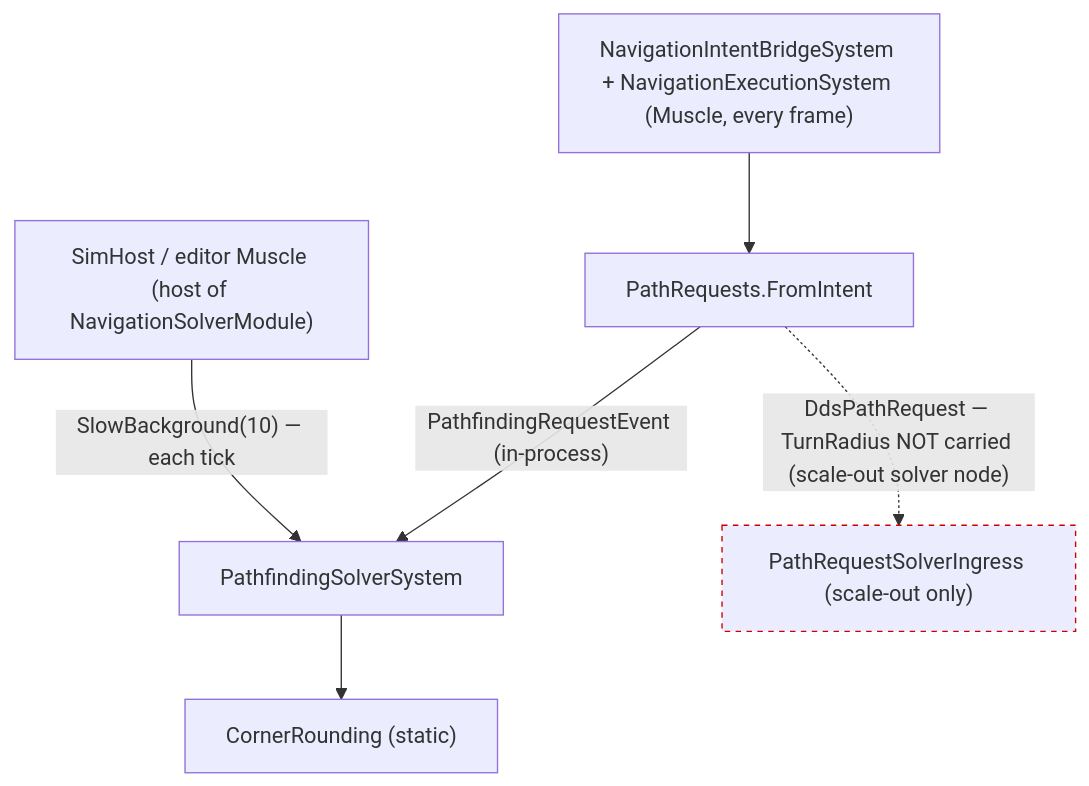
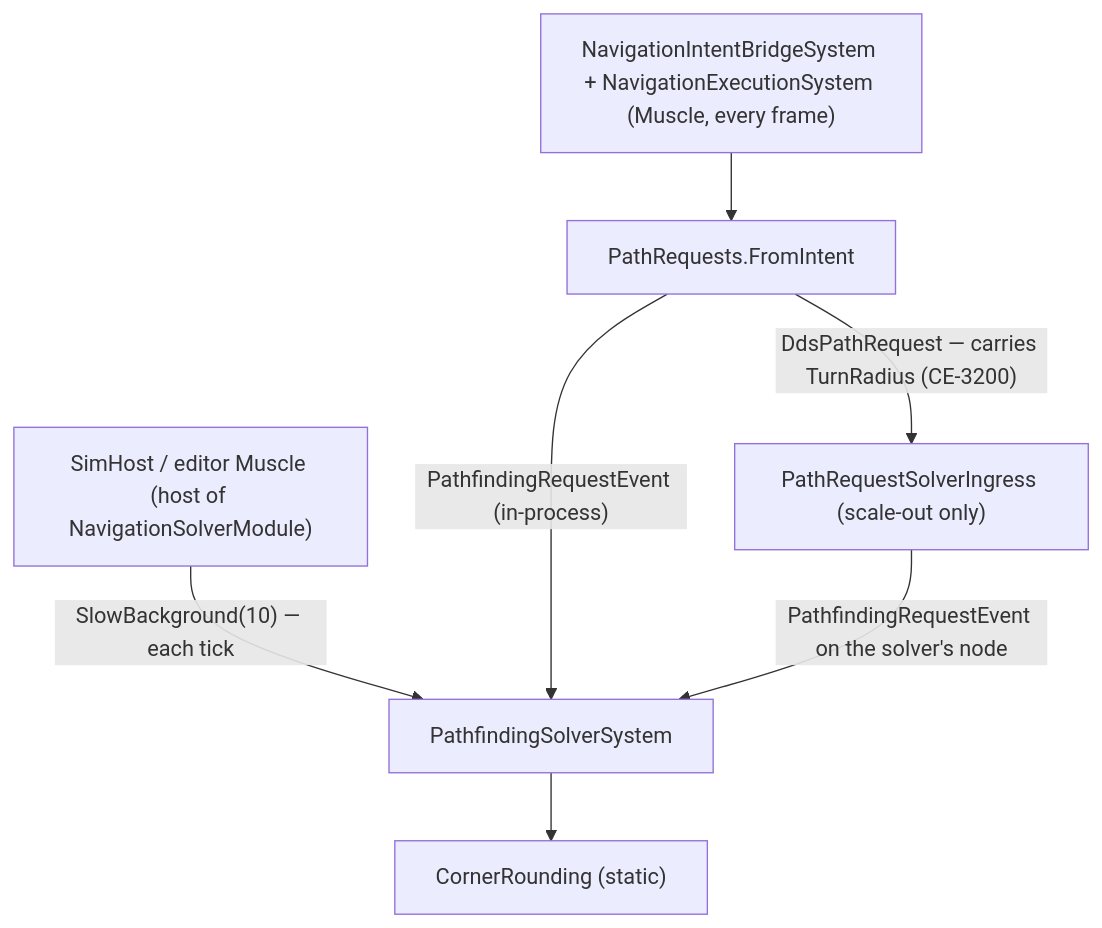
Diagram 13 of 16 in docs/designs/navig-2/Navigation_Design_v2_0.md (pjanec/HROT), drawn with Mermaid before and after one commit. The commit also changed other lines of this file and 7 other files, not shown here.

First line of the commit message:
CE-3200: the scale-out path request carries the turn radius; jets as Rotor and silent SUMO confirmed

````diff
--- a/docs/designs/navig-2/Navigation_Design_v2_0.md
+++ b/docs/designs/navig-2/Navigation_Design_v2_0.md
@@ -1009,9 +1009,9 @@
 ```mermaid
 graph TD
   SH["SimHost / editor Muscle (host of NavigationSolverModule)"] -->|"SlowBackground(10) — each tick"| PSS["PathfindingSolverSystem"]
   PSS --> CR["CornerRounding (static)"]
   BR["NavigationIntentBridgeSystem + NavigationExecutionSystem (Muscle, every frame)"] --> PR["PathRequests.FromIntent"]
   PR -->|"PathfindingRequestEvent (in-process)"| PSS
-  PR -.->|"DdsPathRequest — TurnRadius NOT carried (scale-out solver node)"| DDS["PathRequestSolverIngress (scale-out only)"]
-  style DDS stroke:#c00,stroke-dasharray: 4 4
+  PR -->|"DdsPathRequest — carries TurnRadius (CE-3200)"| DDS["PathRequestSolverIngress (scale-out only)"]
+  DDS -->|"PathfindingRequestEvent on the solver's node"| PSS
 ```
````
